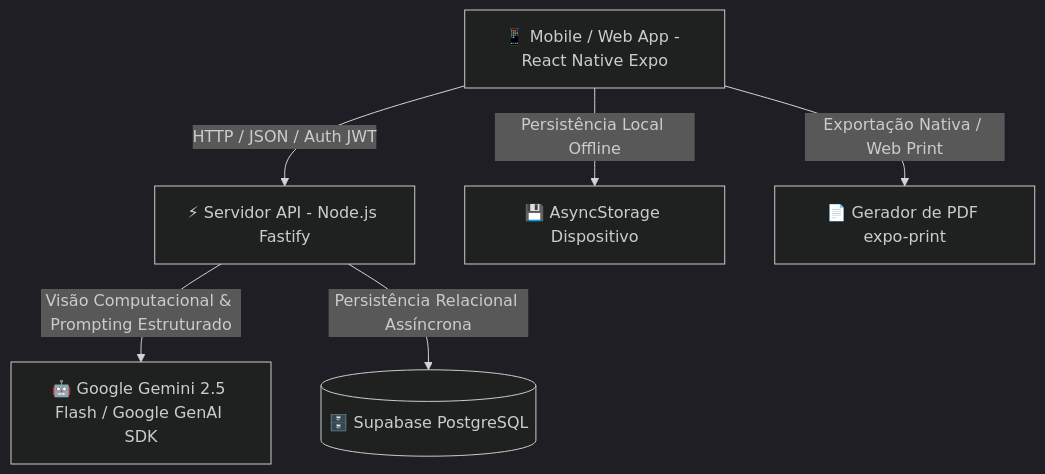
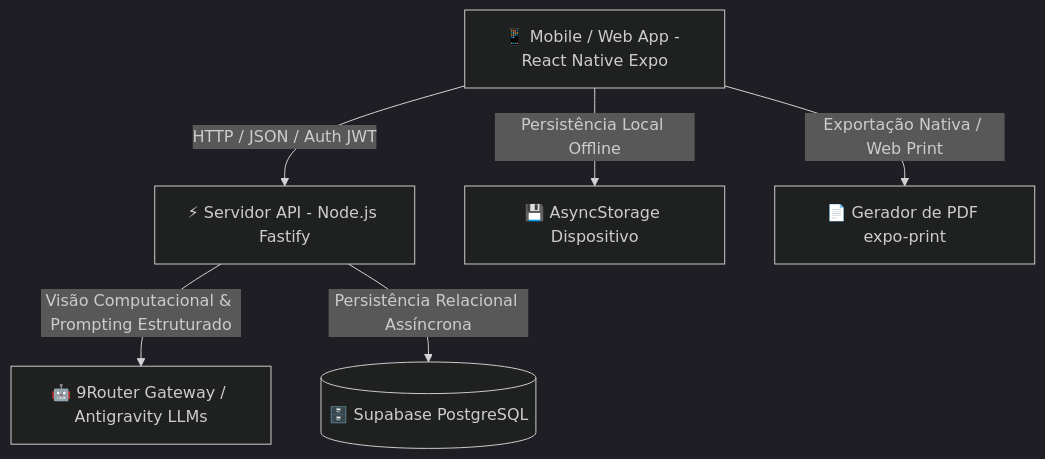
Before and after one commit to PedroPereiraAst/MyPersonal: the diagram in DOCUMENTACAO_GERAL.md, drawn with Mermaid (dark theme). The commit also changed other lines of this file and 13 other files, not shown here.

Commit message:
refactor: substituir api direta do gemini por aiservice com 9router e atualizar documentacao

````diff
--- a/DOCUMENTACAO_GERAL.md
+++ b/DOCUMENTACAO_GERAL.md
@@ -23,8 +23,8 @@
 ```mermaid
 graph TD
     A[📱 Mobile / Web App - React Native Expo] -->|HTTP / JSON / Auth JWT| B[⚡ Servidor API - Node.js Fastify]
-    B -->|Visão Computacional & Prompting Estruturado| C[🤖 Google Gemini 2.5 Flash / Google GenAI SDK]
+    B -->|Visão Computacional & Prompting Estruturado| C[🤖 9Router Gateway / Antigravity LLMs]
     B -->|Persistência Relacional Assíncrona| D[(🗄️ Supabase PostgreSQL)]
     A -->|Persistência Local Offline| E[💾 AsyncStorage Dispositivo]
     A -->|Exportação Nativa / Web Print| F[📄 Gerador de PDF expo-print]
 ```
````
